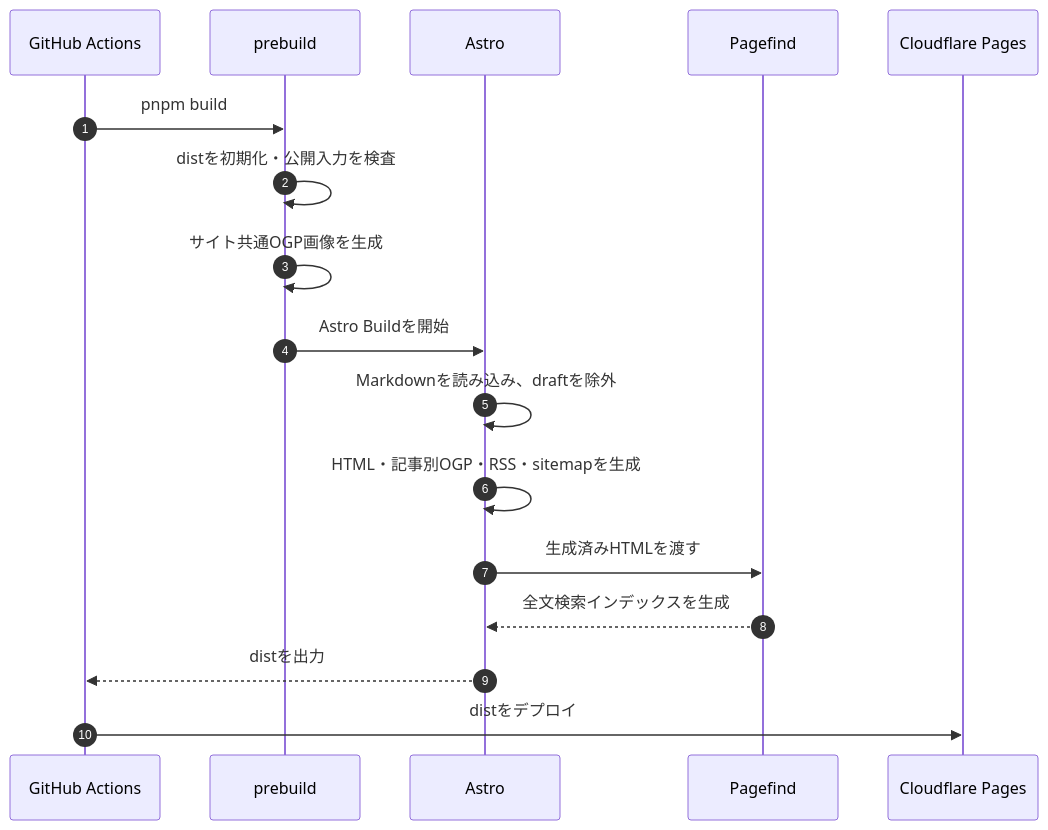
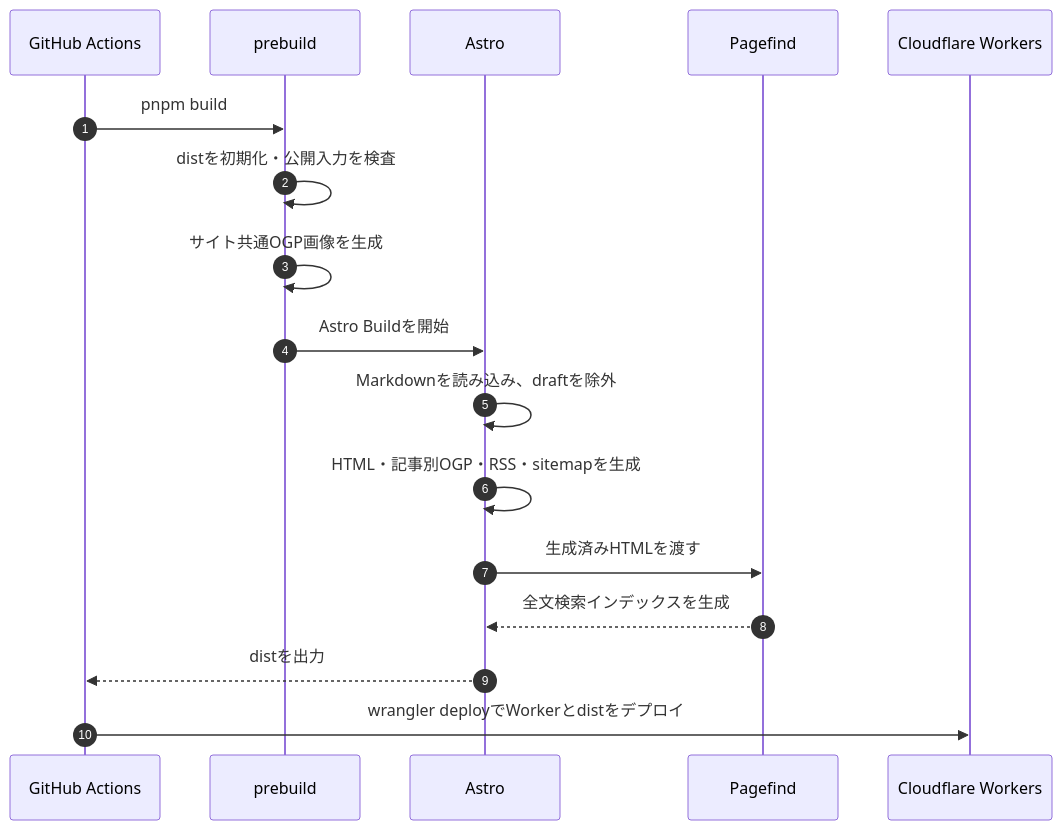
One commit to KJR020/kjr020-blog changed the second of 2 diagrams in docs/architecture/overview.md. Above: the diagram before and after it, drawn with Mermaid. The commit also changed other lines of this file and 9 other files, not shown here.

````diff
--- a/docs/architecture/overview.md
+++ b/docs/architecture/overview.md
@@ -66,20 +66,20 @@
 ```mermaid
 sequenceDiagram
     autonumber
     participant CI as GitHub Actions
     participant Pre as prebuild
     participant Astro as Astro
     participant PF as Pagefind
-    participant CF as Cloudflare Pages
+    participant CF as Cloudflare Workers
 
     CI->>Pre: pnpm build
     Pre->>Pre: distを初期化・公開入力を検査
     Pre->>Pre: サイト共通OGP画像を生成
     Pre->>Astro: Astro Buildを開始
     Astro->>Astro: Markdownを読み込み、draftを除外
     Astro->>Astro: HTML・記事別OGP・RSS・sitemapを生成
     Astro->>PF: 生成済みHTMLを渡す
     PF-->>Astro: 全文検索インデックスを生成
     Astro-->>CI: distを出力
-    CI->>CF: distをデプロイ
+    CI->>CF: wrangler deployでWorkerとdistをデプロイ
 ```
````
